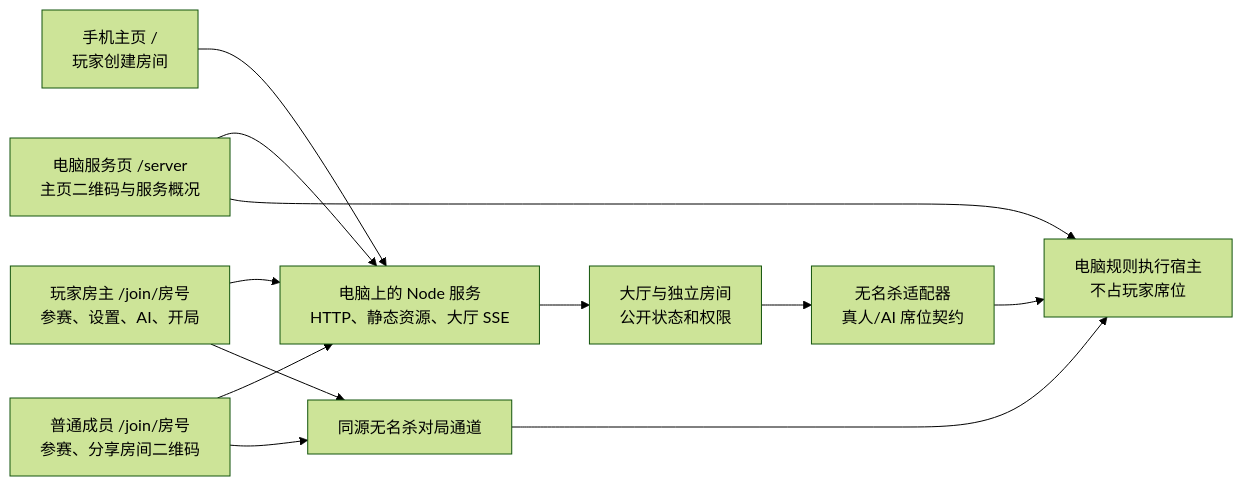
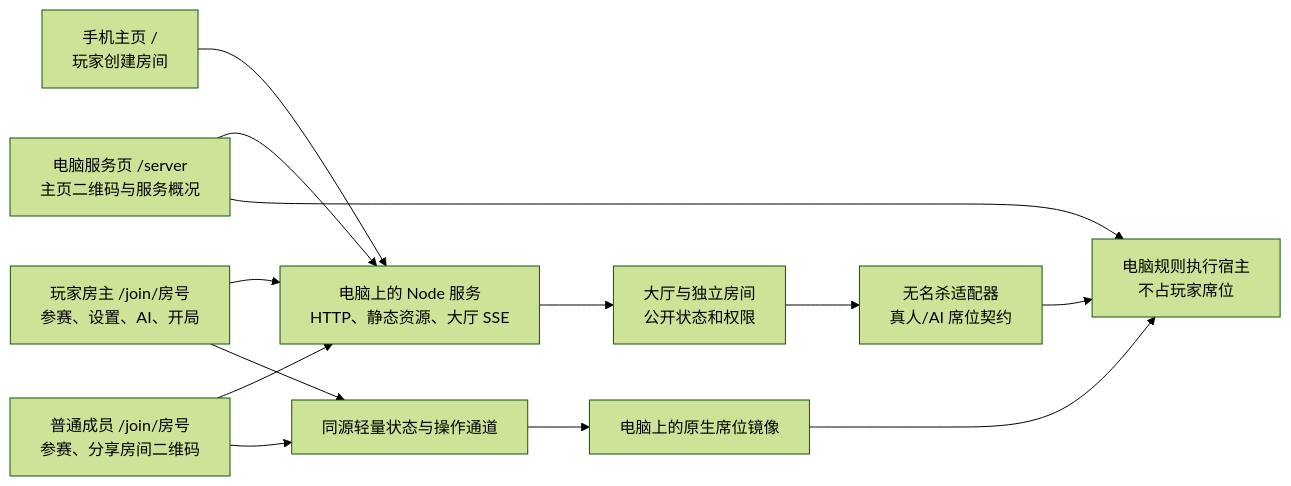
One commit to liyan1775/party-sanguosha changed the diagram in docs/architecture.md. Above: the diagram before and after it, drawn with Mermaid (forest theme). The commit also changed other lines of this file and 57 other files, not shown here.

````diff
--- a/docs/architecture.md
+++ b/docs/architecture.md
@@ -5,14 +63,15 @@
 ```mermaid
 flowchart LR
   PC[电脑服务页 /server\n主页二维码与服务概况] --> Gateway[电脑上的 Node 服务\nHTTP、静态资源、大厅 SSE]
   Home[手机主页 /\n玩家创建房间] --> Gateway
   Owner[玩家房主 /join/房号\n参赛、设置、AI、开局] --> Gateway
   Members[普通成员 /join/房号\n参赛、分享房间二维码] --> Gateway
   Gateway --> Lobby[大厅与独立房间\n公开状态和权限]
   Lobby --> Adapter[无名杀适配器\n真人/AI 席位契约]
   Adapter --> Worker[电脑规则执行宿主\n不占玩家席位]
   PC --> Worker
-  Owner --> Relay[同源无名杀对局通道]
+  Owner --> Relay[同源轻量状态与操作通道]
   Members --> Relay
-  Relay --> Worker
+  Relay --> Views[电脑上的原生席位镜像]
+  Views --> Worker
 ```
````
